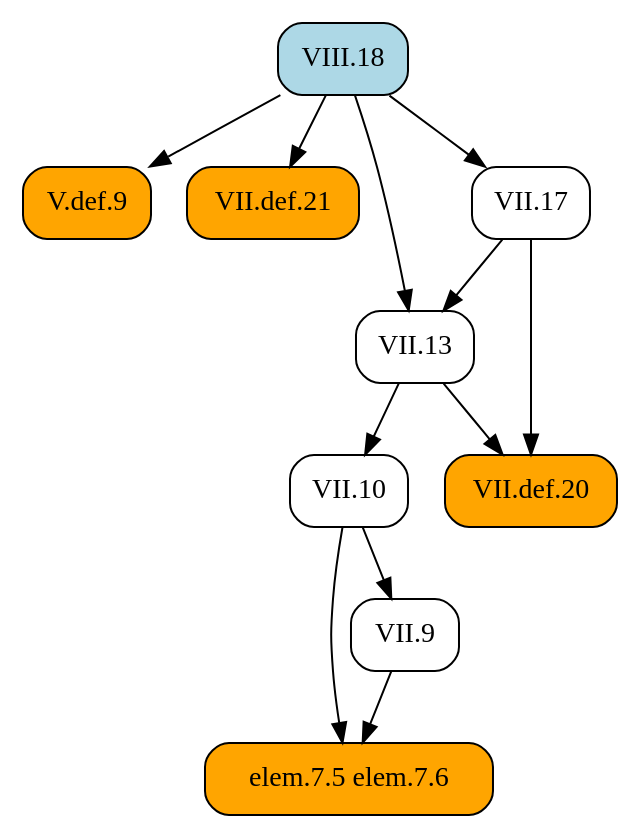
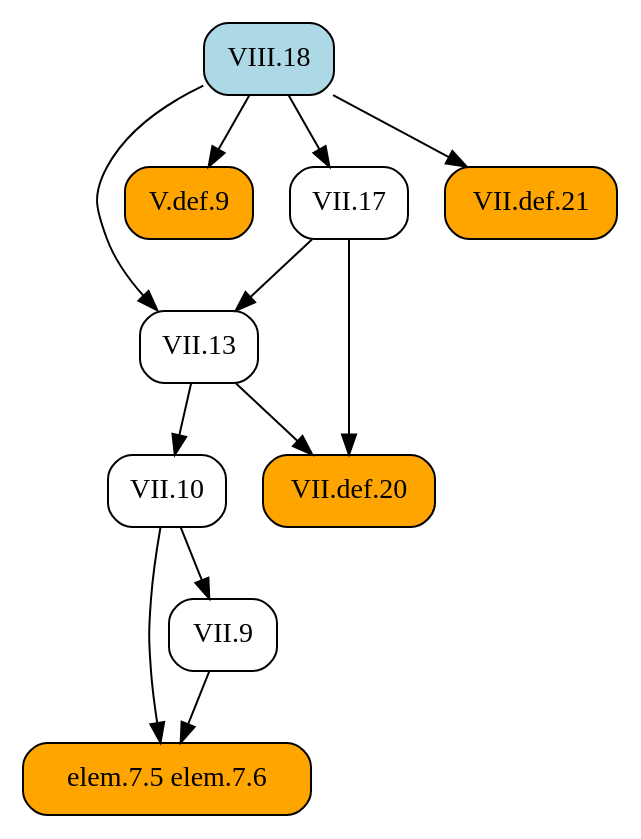
One commit to geometor/elements changed the diagram in docsrc/heath/VIII/18/index.rst. Above: the diagram before and after it, drawn with Graphviz. The commit also changed other lines of this file and 484 other files, not shown here.

```diff
--- a/docsrc/heath/VIII/18/index.rst
+++ b/docsrc/heath/VIII/18/index.rst
@@ -64,26 +64,26 @@
 .. graphviz::
 
    digraph {
      rankdir="TB";
      node [shape=box, style=rounded];
+     "VII.13" [URL="/heath/VII/13/", target="_top"];
+     "VIII.18" [style="rounded,filled", fillcolor=lightblue, URL="/heath/VIII/18/", target="_top"];
      "elem.7.5 elem.7.6" [style="rounded,filled", fillcolor=orange];
+     "VII.9" [URL="/heath/VII/9/", target="_top"];
      "V.def.9" [style="rounded,filled", fillcolor=orange, URL="/heath/V/def.9/", target="_top"];
+     "VII.17" [URL="/heath/VII/17/", target="_top"];
      "VII.def.21" [style="rounded,filled", fillcolor=orange, URL="/heath/VII/def.21/", target="_top"];
+     "VII.def.20" [style="rounded,filled", fillcolor=orange, URL="/heath/VII/def.20/", target="_top"];
      "VII.10" [URL="/heath/VII/10/", target="_top"];
-     "VIII.18" [style="rounded,filled", fillcolor=lightblue, URL="/heath/VIII/18/", target="_top"];
-     "VII.9" [URL="/heath/VII/9/", target="_top"];
-     "VII.13" [URL="/heath/VII/13/", target="_top"];
-     "VII.def.20" [style="rounded,filled", fillcolor=orange, URL="/heath/VII/def.20/", target="_top"];
-     "VII.17" [URL="/heath/VII/17/", target="_top"];
+     "VII.17" -> "VII.13";
+     "VIII.18" -> "VII.13";
      "VII.9" -> "elem.7.5 elem.7.6";
      "VII.10" -> "elem.7.5 elem.7.6";
+     "VII.10" -> "VII.9";
      "VIII.18" -> "V.def.9";
+     "VIII.18" -> "VII.17";
      "VIII.18" -> "VII.def.21";
-     "VII.13" -> "VII.10";
-     "VII.10" -> "VII.9";
-     "VII.17" -> "VII.13";
-     "VIII.18" -> "VII.13";
      "VII.13" -> "VII.def.20";
      "VII.17" -> "VII.def.20";
-     "VIII.18" -> "VII.17";
+     "VII.13" -> "VII.10";
    }
```
